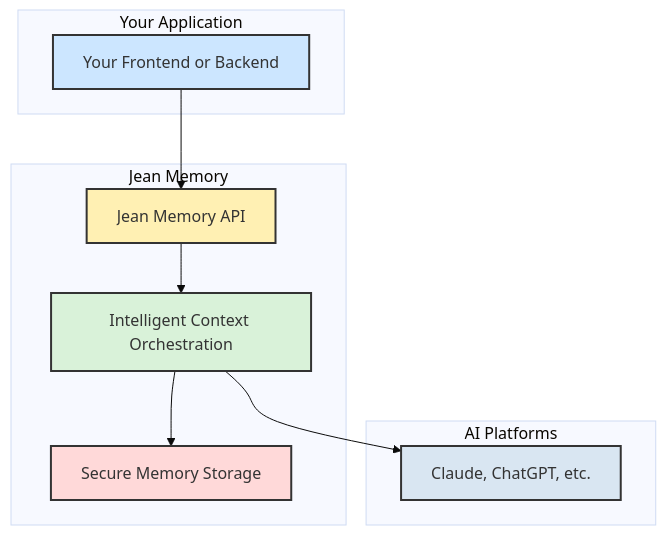
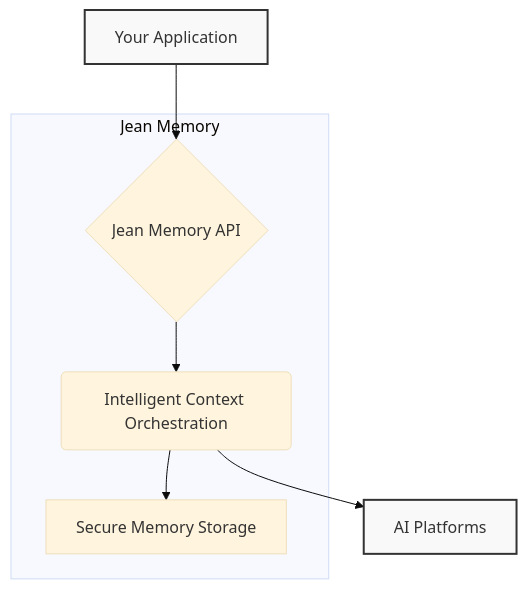
One commit to jean-technologies/jean-memory changed the diagram in docs-mintlify/overview.mdx. Above: the diagram before and after it, drawn with Mermaid (base theme). The commit also changed other lines of this file and 5 other files, not shown here.

````diff
--- a/docs-mintlify/overview.mdx
+++ b/docs-mintlify/overview.mdx
@@ -18,27 +18,13 @@
 ```mermaid
 graph TD
-    subgraph Your Application
-        A[Your Frontend or Backend]
+    A[Your Application] --> B{Jean Memory API};
+    B --> C(Intelligent Context Orchestration);
+    C --> D[Secure Memory Storage];
+    C --> E[AI Platforms];
+    subgraph Jean Memory
+        B; C; D;
     end
 
-    subgraph Jean Memory
-        B[Jean Memory API]
-        C[Intelligent Context Orchestration]
-        D[Secure Memory Storage]
-    end
-
-    subgraph AI Platforms
-        E[Claude, ChatGPT, etc.]
-    end
-
-    A --> B
-    B --> C
-    C --> D
-    C --> E
-
-    style A fill:#cce6ff,stroke:#333,stroke-width:2px
-    style B fill:#fff0b3,stroke:#333,stroke-width:2px
-    style C fill:#d9f2d9,stroke:#333,stroke-width:2px
-    style D fill:#ffd9d9,stroke:#333,stroke-width:2px
-    style E fill:#d9e6f2,stroke:#333,stroke-width:2px
+    style A fill:#f9f9f9,stroke:#333,stroke-width:2px
+    style E fill:#f9f9f9,stroke:#333,stroke-width:2px
 ```
````
